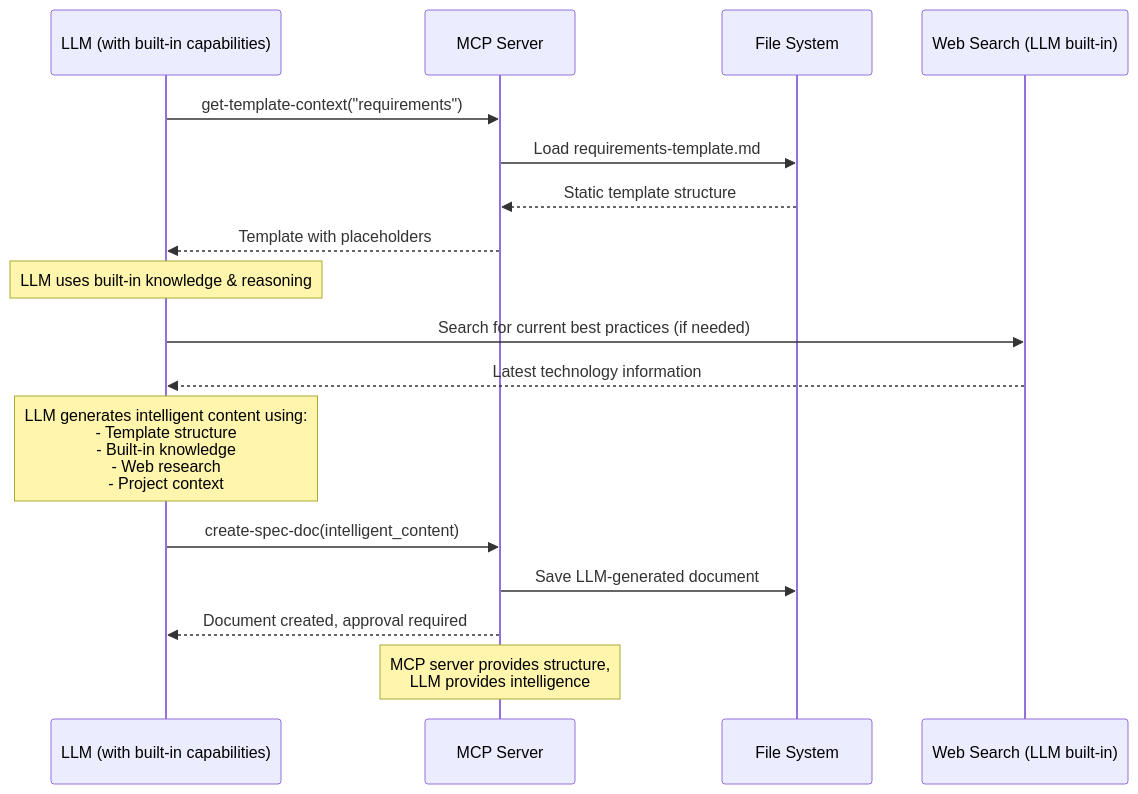
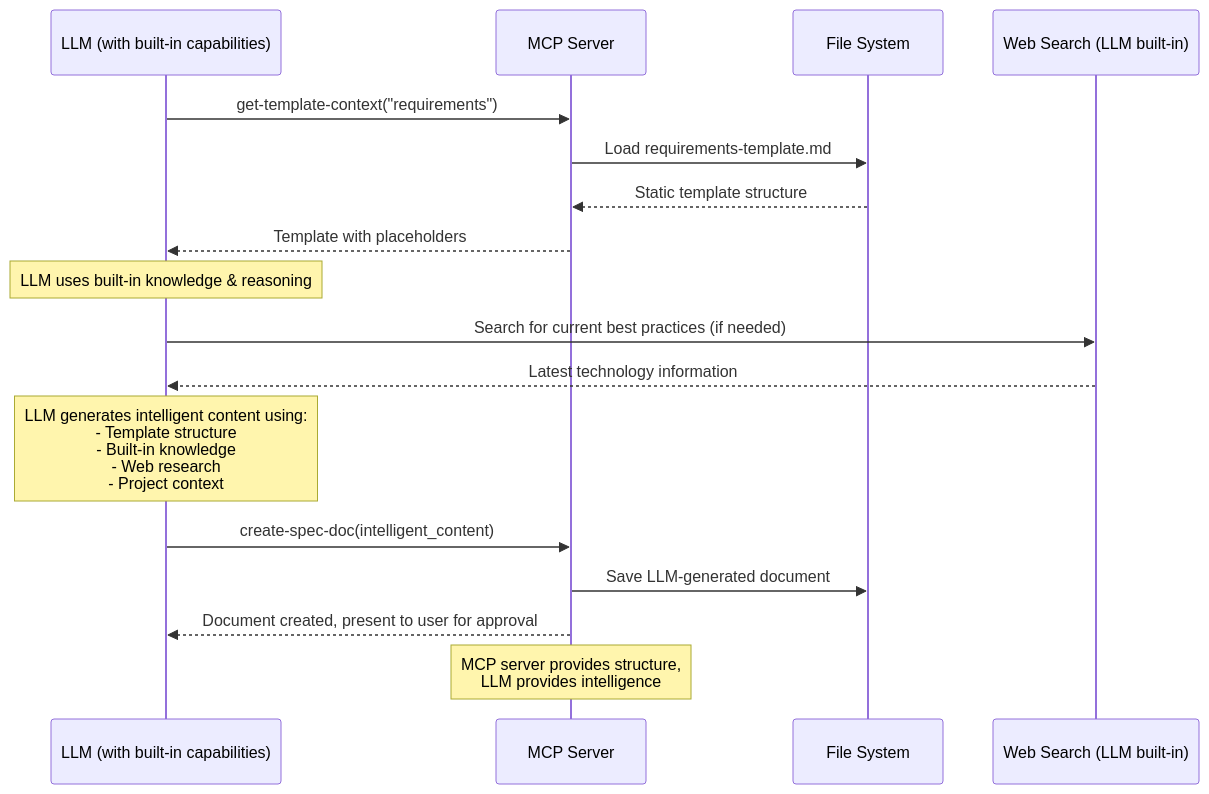
One commit to sana3419/spec-workflow-mcp changed the diagram in docs/technical-documentation/api-reference.md. Above: the diagram before and after it, drawn with Mermaid. The commit also changed other lines of this file and 26 other files, not shown here.

````diff
--- a/docs/technical-documentation/api-reference.md
+++ b/docs/technical-documentation/api-reference.md
@@ -62,24 +60,24 @@
 ```mermaid
 sequenceDiagram
     participant LLM as LLM (with built-in capabilities)
     participant MCP as MCP Server
     participant FS as File System
     participant WEB as Web Search (LLM built-in)
     
     LLM->>MCP: get-template-context("requirements")
     MCP->>FS: Load requirements-template.md
     FS-->>MCP: Static template structure
     MCP-->>LLM: Template with placeholders
     
     Note over LLM: LLM uses built-in knowledge & reasoning
     LLM->>WEB: Search for current best practices (if needed)
     WEB-->>LLM: Latest technology information
     
     Note over LLM: LLM generates intelligent content using:<br/>- Template structure<br/>- Built-in knowledge<br/>- Web research<br/>- Project context
     
     LLM->>MCP: create-spec-doc(intelligent_content)
     MCP->>FS: Save LLM-generated document
-    MCP-->>LLM: Document created, approval required
+    MCP-->>LLM: Document created, present to user for approval
     
     Note over MCP: MCP server provides structure,<br/>LLM provides intelligence
 ```
````
